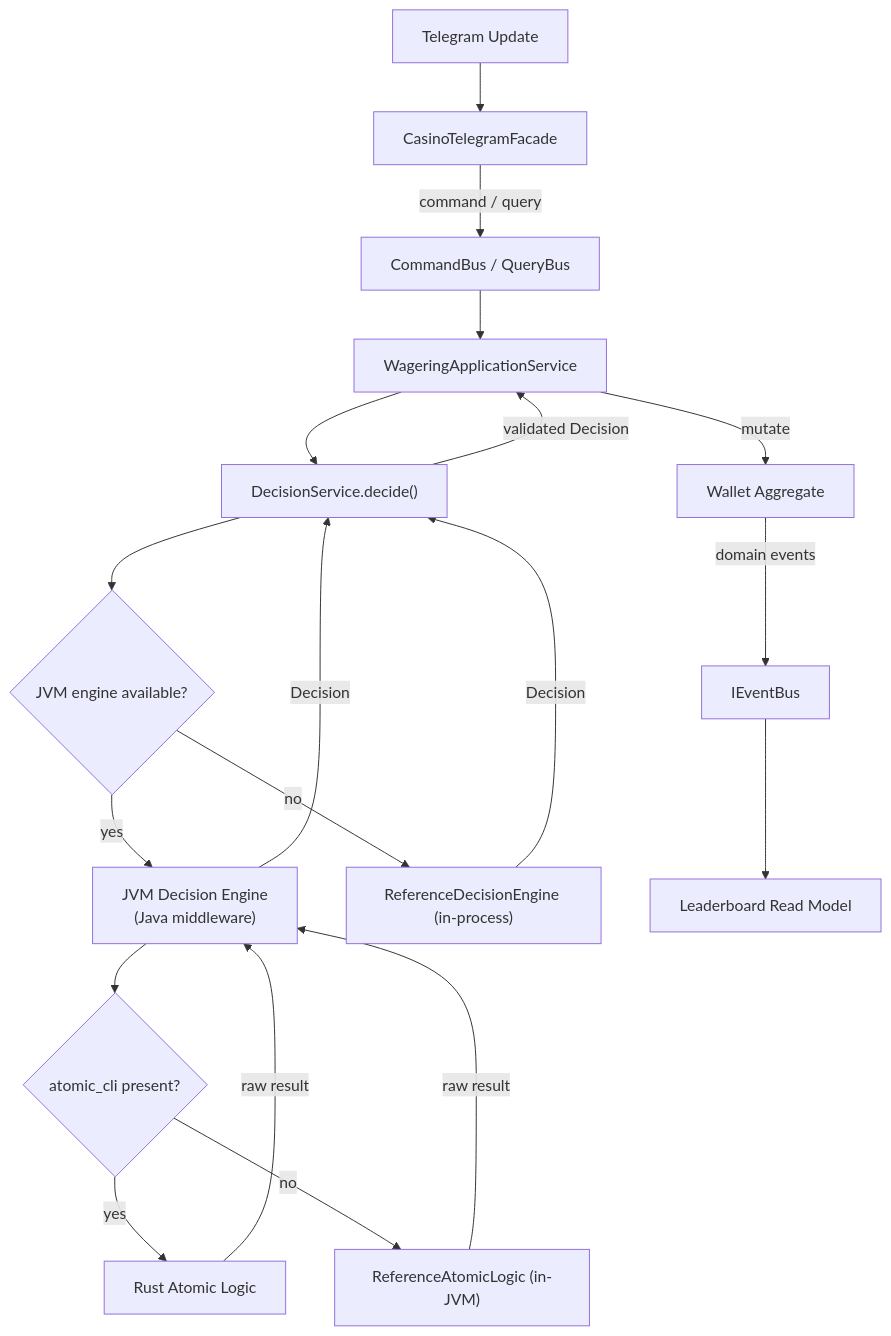
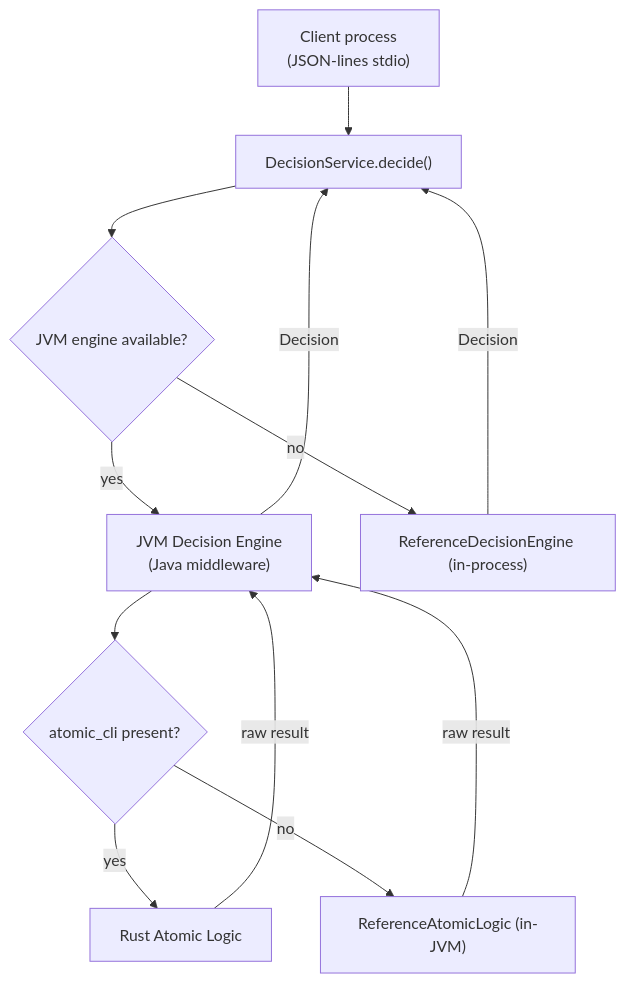
The first of 3 diagrams in decision-engine/SCALING.md (TrevorKinsie/boom-bot), drawn with Mermaid before and after one commit. The commit also changed other lines of this file and 208 other files, not shown here.

````diff
--- a/decision-engine/SCALING.md
+++ b/decision-engine/SCALING.md
@@ -54,36 +57,23 @@
 ```mermaid
 flowchart TD
-    TG["Telegram Update"]
-    FAC["CasinoTelegramFacade"]
-    CB["CommandBus / QueryBus"]
-    WSV["WageringApplicationService"]
+    CL["Client process<br/>(JSON-lines stdio)"]
     DS["DecisionService.decide()"]
     AVAIL{"JVM engine available?"}
     JVM["JVM Decision Engine<br/>(Java middleware)"]
     RBIN{"atomic_cli present?"}
     RUST["Rust Atomic Logic"]
     JREF["ReferenceAtomicLogic (in-JVM)"]
     REF["ReferenceDecisionEngine (in-process)"]
-    WAL["Wallet Aggregate"]
-    EB["IEventBus"]
-    LBRD["Leaderboard Read Model"]
 
-    TG --> FAC
-    FAC -->|command / query| CB
-    CB --> WSV
-    WSV --> DS
+    CL --> DS
     DS --> AVAIL
     AVAIL -->|yes| JVM
     AVAIL -->|no| REF
     JVM --> RBIN
     RBIN -->|yes| RUST
     RBIN -->|no| JREF
     RUST -->|raw result| JVM
     JREF -->|raw result| JVM
     JVM -->|Decision| DS
     REF -->|Decision| DS
-    DS -->|validated Decision| WSV
-    WSV -->|mutate| WAL
-    WAL -->|domain events| EB
-    EB --> LBRD
 ```
````
